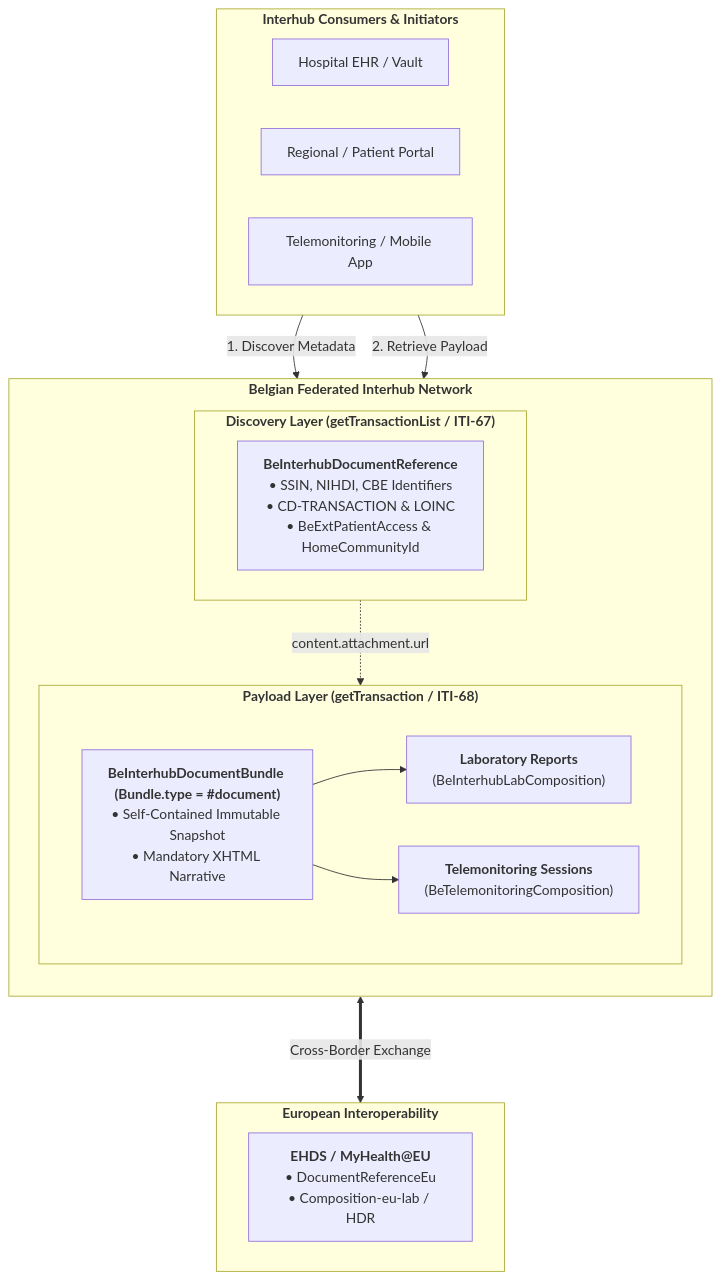
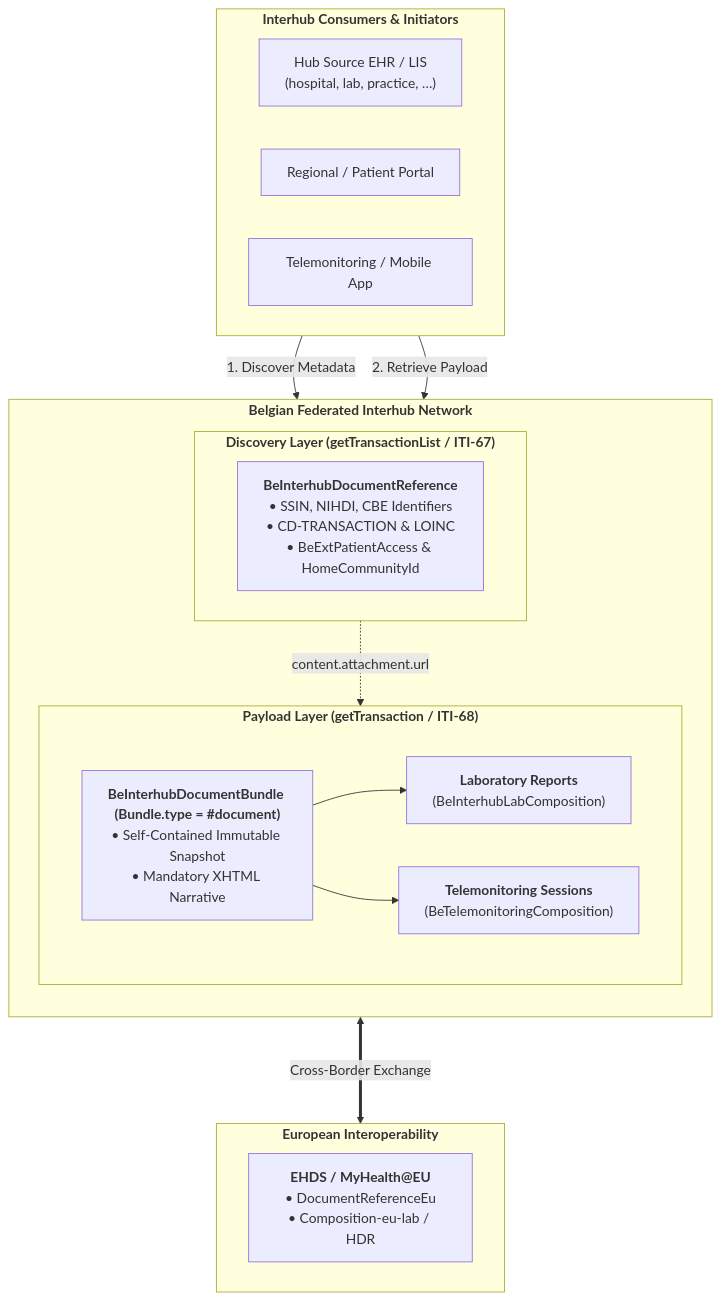
Before and after one commit to Erwin-Bellon/hubsharing: the first of 2 diagrams in input/pagecontent/index.md, drawn with Mermaid. The commit also changed other lines of this file and 17 other files, not shown here.

````diff
--- a/input/pagecontent/index.md
+++ b/input/pagecontent/index.md
@@ -15,33 +15,33 @@
 ```mermaid
 flowchart TD
     subgraph Clients["<b>Interhub Consumers & Initiators</b>"]
-        EHR["Hospital EHR / Vault"]
+        EHR["Hub Source EHR / LIS<br/>(hospital, lab, practice, …)"]
         Portal["Regional / Patient Portal"]
         Mobile["Telemonitoring / Mobile App"]
     end
 
     subgraph HubNetwork["<b>Belgian Federated Interhub Network</b>"]
         direction TB
         subgraph Discovery["<b>Discovery Layer (getTransactionList / ITI-67)</b>"]
             DocRef["<b>BeInterhubDocumentReference</b><br/>• SSIN, NIHDI, CBE Identifiers<br/>• CD-TRANSACTION & LOINC<br/>• BeExtPatientAccess & HomeCommunityId"]
         end
 
         subgraph Payload["<b>Payload Layer (getTransaction / ITI-68)</b>"]
             Bundle["<b>BeInterhubDocumentBundle (Bundle.type = #document)</b><br/>• Self-Contained Immutable Snapshot<br/>• Mandatory XHTML Narrative"]
             Lab["<b>Laboratory Reports</b><br/>(BeInterhubLabComposition)"]
             TM["<b>Telemonitoring Sessions</b><br/>(BeTelemonitoringComposition)"]
             Bundle --> Lab
             Bundle --> TM
         end
 
         Discovery -.->|"content.attachment.url"| Payload
     end
 
     subgraph CrossBorder["<b>European Interoperability</b>"]
         EHDS["<b>EHDS / MyHealth@EU</b><br/>• DocumentReferenceEu<br/>• Composition-eu-lab / HDR"]
     end
 
     Clients -->|"1. Discover Metadata"| Discovery
     Clients -->|"2. Retrieve Payload"| Payload
     HubNetwork <===>|"Cross-Border Exchange"| CrossBorder
 ```
````
